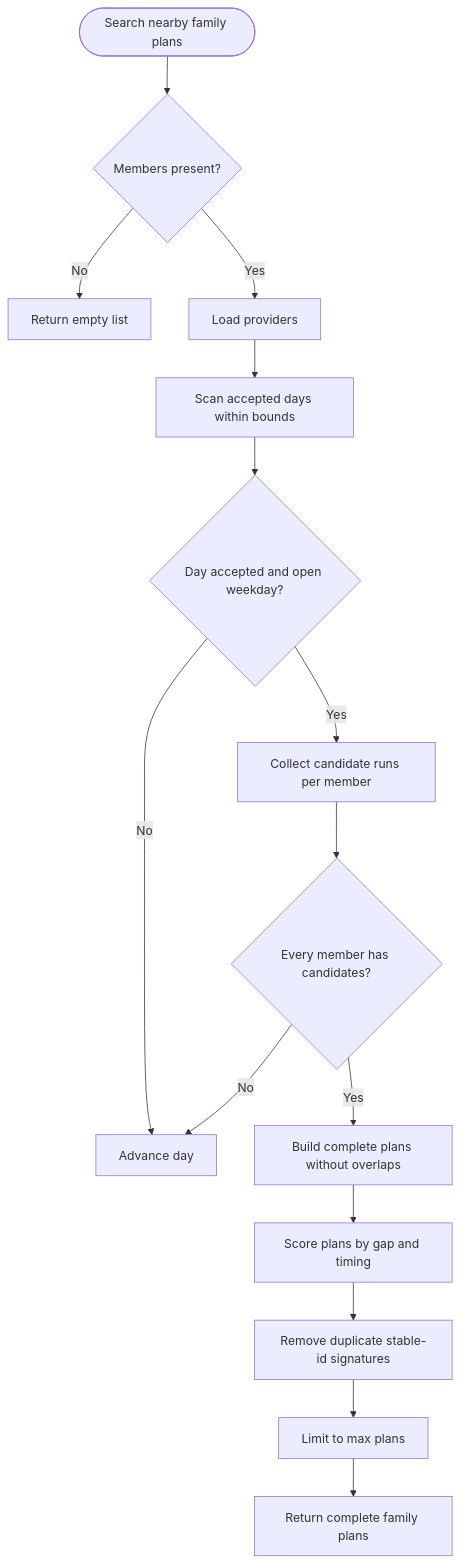
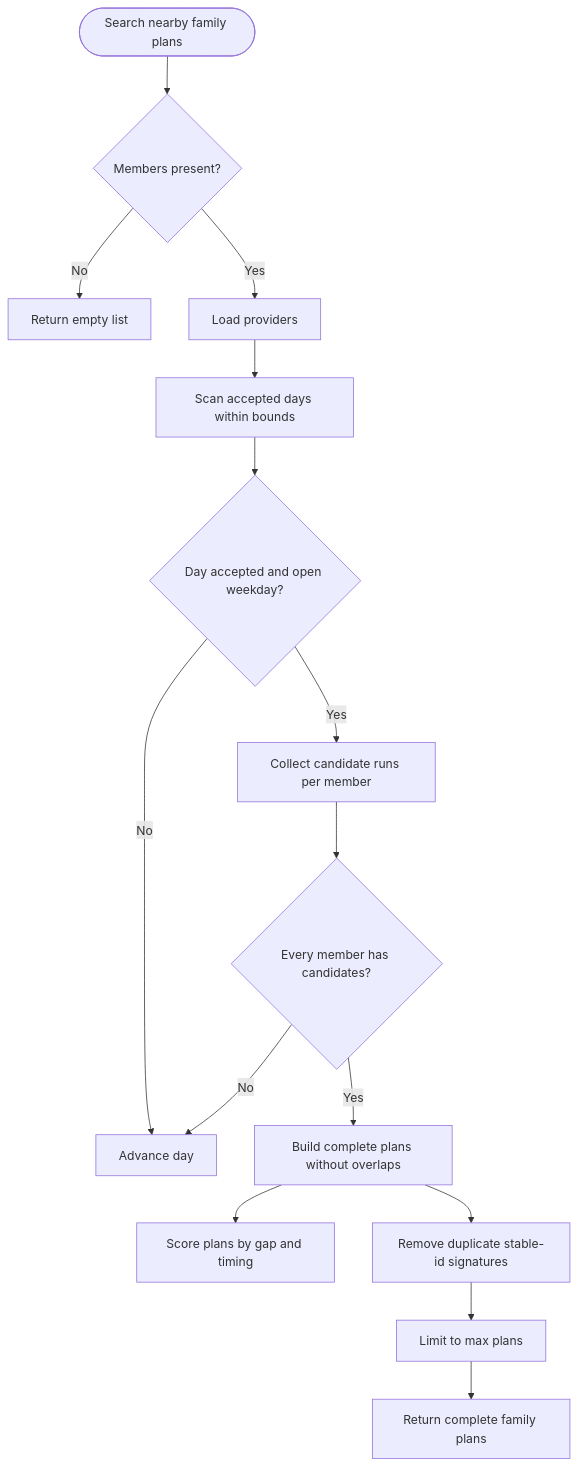
Before and after one commit to gokulkaarthicks/dental-chatbot: the sixth of 13 diagrams in .qoder/repowiki/en/content/Scheduling System/Family Booking Coordination.md, drawn with Mermaid. The commit also changed other lines of this file and 280 other files, not shown here.

````diff
--- a/.qoder/repowiki/en/content/Scheduling System/Family Booking Coordination.md
+++ b/.qoder/repowiki/en/content/Scheduling System/Family Booking Coordination.md
@@ -248,17 +264,17 @@
 ```mermaid
 flowchart TD
 Start(["Search nearby family plans"]) --> ValidateMembers{"Members present?"}
 ValidateMembers --> |No| ReturnEmpty["Return empty list"]
 ValidateMembers --> |Yes| LoadProviders["Load providers"]
 LoadProviders --> ScanDays["Scan accepted days within bounds"]
 ScanDays --> DayOpen{"Day accepted and open weekday?"}
 DayOpen --> |No| NextDay["Advance day"]
 DayOpen --> |Yes| CollectCandidates["Collect candidate runs per member"]
 CollectCandidates --> HasAll{"Every member has candidates?"}
 HasAll --> |No| NextDay
 HasAll --> |Yes| BuildPlans["Build complete plans without overlaps"]
 BuildPlans --> ScorePlans["Score plans by gap and timing"]
-ScorePlans --> Deduplicate["Remove duplicate stable-id signatures"]
+BuildPlans --> Deduplicate["Remove duplicate stable-id signatures"]
 Deduplicate --> Limit["Limit to max plans"]
 Limit --> ReturnPlans["Return complete family plans"]
 ```
````
